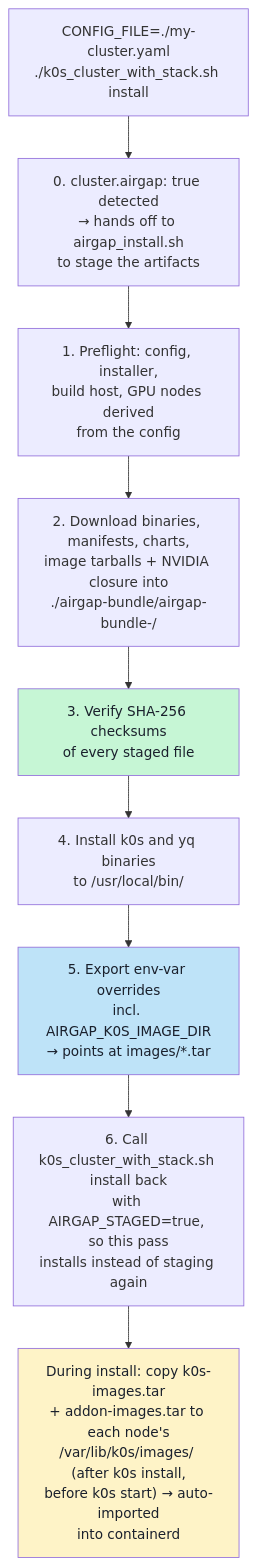
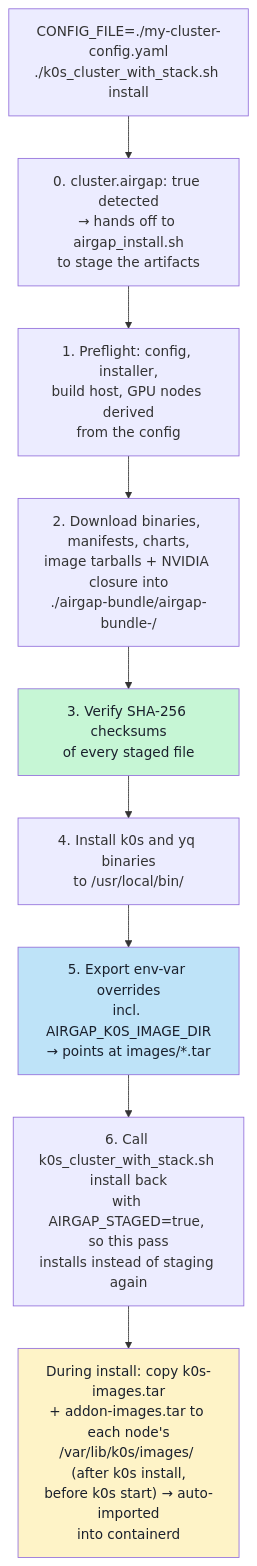
The eighth of 11 diagrams in docs/ai-tier-docs/deployment-guide.md (splunk/splunk-ai-operator), drawn with Mermaid before and after one commit. The commit also changed other lines of this file and 8 other files, not shown here.

Commit message:
Change cluster config file

````diff
--- a/docs/ai-tier-docs/deployment-guide.md
+++ b/docs/ai-tier-docs/deployment-guide.md
@@ -775,19 +775,19 @@
 ```mermaid
 flowchart TD
-    A["CONFIG_FILE=./my-cluster.yaml\n./k0s_cluster_with_stack.sh install"] --> A2
+    A["CONFIG_FILE=./my-cluster-config.yaml\n./k0s_cluster_with_stack.sh install"] --> A2
 
     A2["0. cluster.airgap: true detected\n→ hands off to airgap_install.sh\nto stage the artifacts"]
     A2 --> B
 
     B["1. Preflight: config, installer,\nbuild host, GPU nodes derived\nfrom the config"]
     B --> C["2. Download binaries, manifests, charts,\nimage tarballs + NVIDIA closure into\n./airgap-bundle/airgap-bundle-<date>/"]
     C --> D["3. Verify SHA-256 checksums\nof every staged file"]
     D --> E["4. Install k0s and yq binaries\nto /usr/local/bin/"]
     E --> F["5. Export env-var overrides\nincl. AIRGAP_K0S_IMAGE_DIR\n→ points at images/*.tar"]
     F --> G["6. Call k0s_cluster_with_stack.sh install back\nwith AIRGAP_STAGED=true, so this pass\ninstalls instead of staging again"]
     G --> H["During install: copy k0s-images.tar\n+ addon-images.tar to each node's\n/var/lib/k0s/images/ (after k0s install,\nbefore k0s start) → auto-imported\ninto containerd"]
 
     style D fill:#c6f6d5,color:#1a202c
     style F fill:#bee3f8,color:#1a202c
     style H fill:#fef3c7,color:#1a202c
 ```
````
